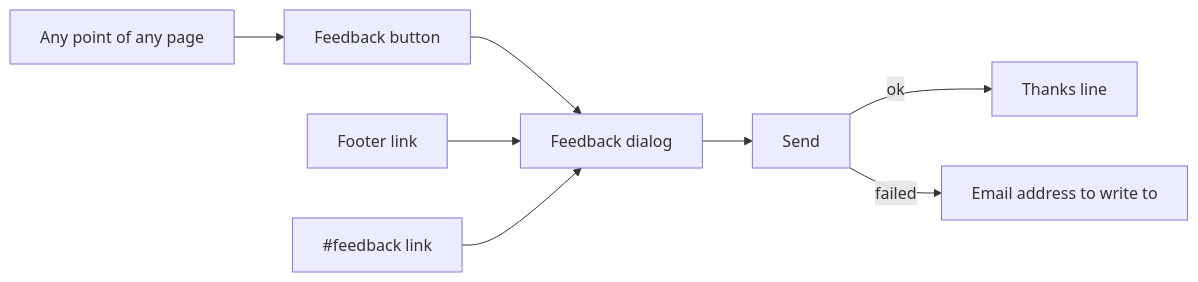
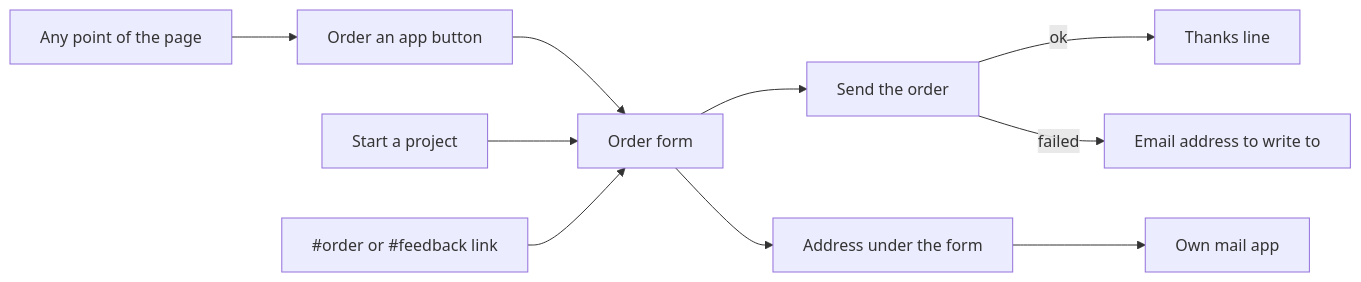
The third of 7 diagrams in docs/user-flows.md (workbench-soft/workbench-soft.github.io), drawn with Mermaid before and after one commit. The commit also changed other lines of this file and 15 other files, not shown here.

Commit message:
Order form: the Contact section takes orders, the corner button scrolls to it

````diff
--- a/docs/user-flows.md
+++ b/docs/user-flows.md
@@ -42,9 +43,10 @@
 ```mermaid
 flowchart LR
-  any["Any point of any page"] --> button["Feedback button"] --> dialog["Feedback dialog"]
-  footer["Footer link"] --> dialog
-  link["#feedback link"] --> dialog
-  dialog --> send["Send"]
+  any["Any point of the page"] --> button["Order an app button"] --> form["Order form"]
+  hero["Start a project"] --> form
+  link["#order or #feedback link"] --> form
+  form --> send["Send the order"]
   send -->|ok| thanks["Thanks line"]
   send -->|failed| mail["Email address to write to"]
+  form --> alt["Address under the form"] --> app["Own mail app"]
 ```
````
